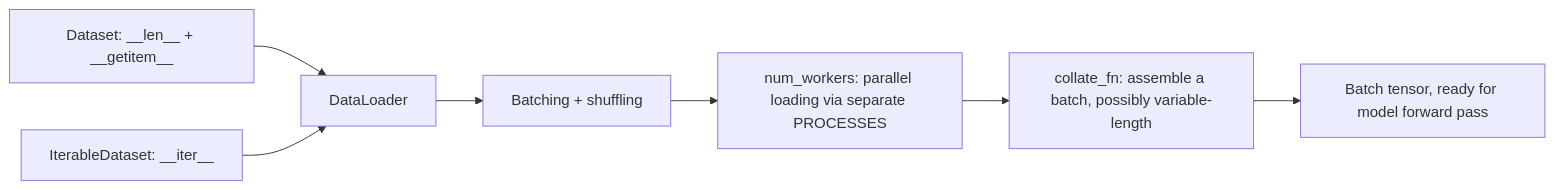
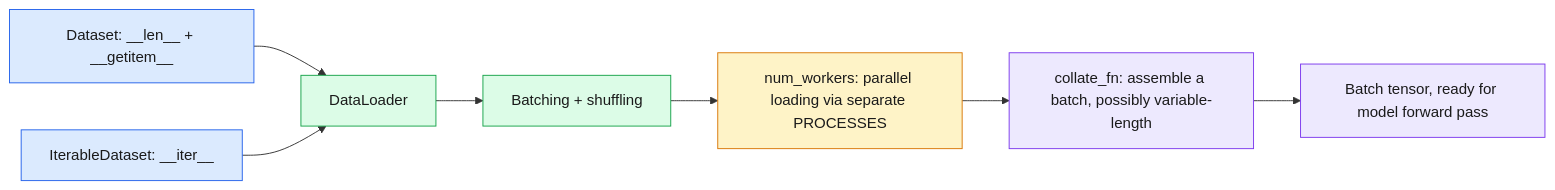
The first of 2 diagrams in day03_deep_learning/21_pytorch_data/README.md (bhanu-prakash12/ai-ml-engineer-fundamentals), drawn with Mermaid before and after one commit. The commit also changed other lines of this file and 68 other files, not shown here.

````diff
--- a/day03_deep_learning/21_pytorch_data/README.md
+++ b/day03_deep_learning/21_pytorch_data/README.md
@@ -35,9 +67,17 @@
 ```mermaid
 flowchart LR
-  A[Dataset: __len__ + __getitem__] --> B[DataLoader]
-  C[IterableDataset: __iter__] --> B
-  B --> D[Batching + shuffling]
-  D --> E[num_workers: parallel loading via separate PROCESSES]
-  E --> F[collate_fn: assemble a batch, possibly variable-length]
-  F --> G[Batch tensor, ready for model forward pass]
+  A["Dataset: __len__ + __getitem__"] --> B["DataLoader"]
+  C["IterableDataset: __iter__"] --> B
+  B --> D["Batching + shuffling"]
+  D --> E["num_workers: parallel loading via separate PROCESSES"]
+  E --> F["collate_fn: assemble a batch, possibly variable-length"]
+  F --> G["Batch tensor, ready for model forward pass"]
+  classDef src fill:#DBEAFE,stroke:#2563EB,color:#1a1a1a;
+  classDef load fill:#DCFCE7,stroke:#16A34A,color:#1a1a1a;
+  classDef perf fill:#FEF3C7,stroke:#D97706,color:#1a1a1a;
+  classDef out fill:#EDE9FE,stroke:#7C3AED,color:#1a1a1a;
+  class A,C src;
+  class B,D load;
+  class E perf;
+  class F,G out;
 ```
````
